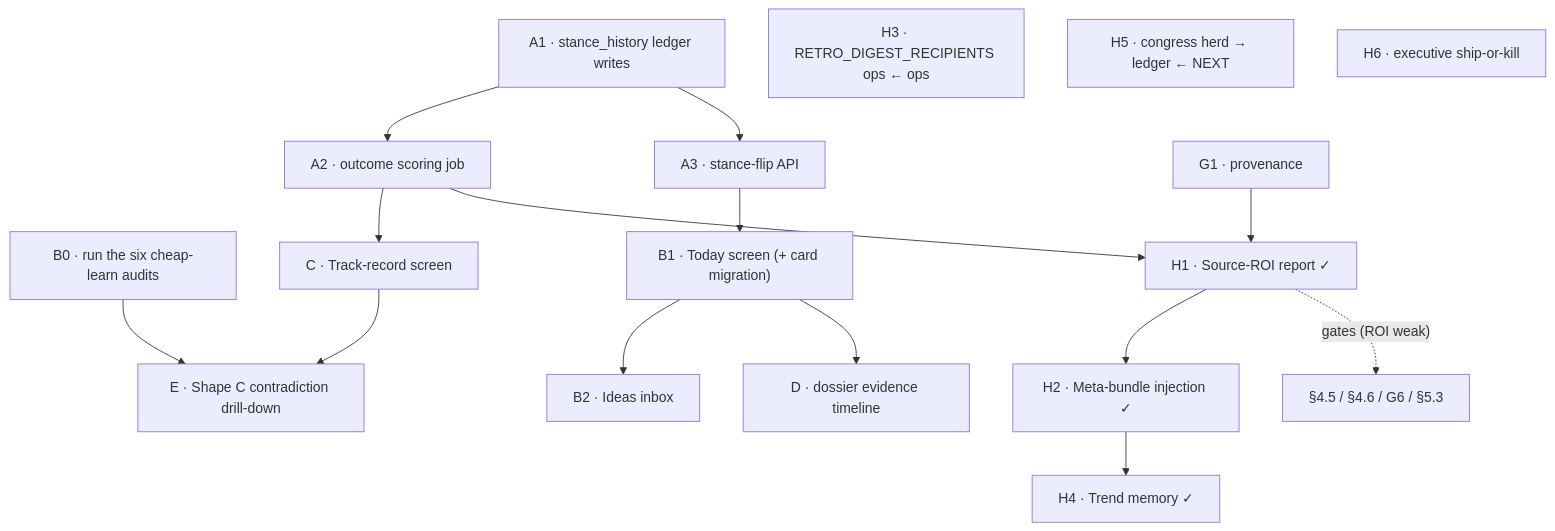
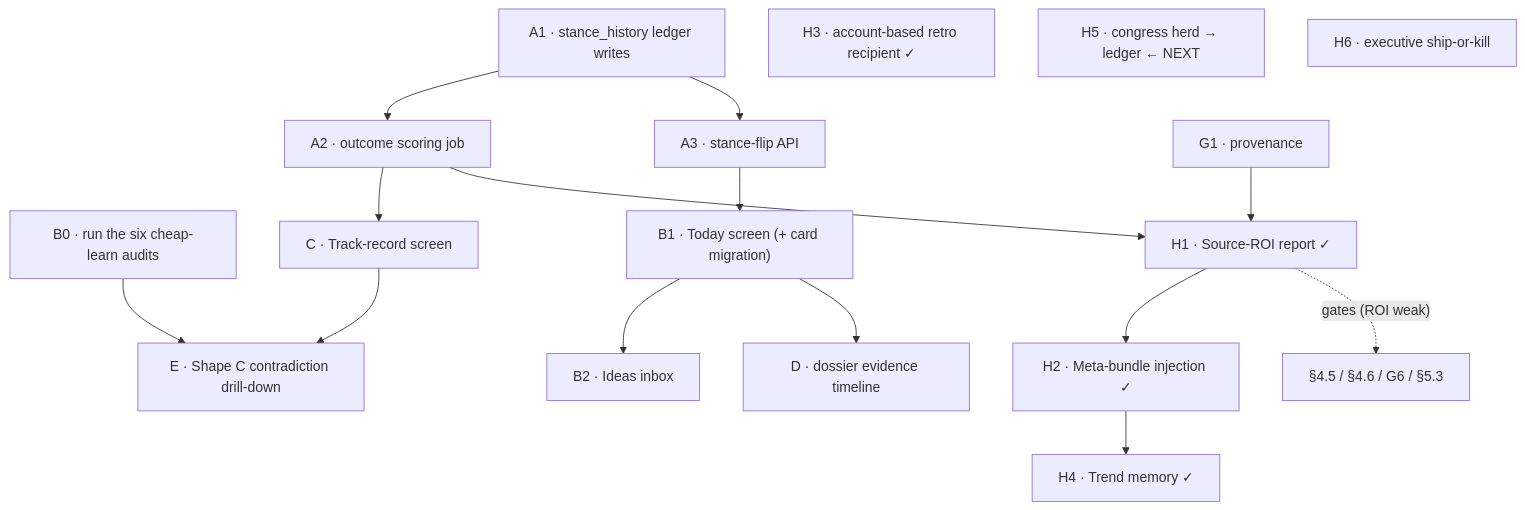
Before and after one commit to CreamyG31337/Portfolio-AI: the second of 2 diagrams in docs/ROADMAP.md, drawn with Mermaid. The commit also changed other lines of this file and 6 other files, not shown here.

First line of the commit message:
feat: implement account-based recipient resolution for weekly retro digest

````diff
--- a/docs/ROADMAP.md
+++ b/docs/ROADMAP.md
@@ -599,19 +599,19 @@
 ```mermaid
 flowchart TD
     A1["A1 · stance_history ledger writes"] --> A2["A2 · outcome scoring job"]
     A1 --> A3["A3 · stance-flip API"]
     B0["B0 · run the six cheap-learn audits"] --> E1["E · Shape C contradiction drill-down"]
     A3 --> B1["B1 · Today screen (+ card migration)"]
     B1 --> B2["B2 · Ideas inbox"]
     A2 --> C1["C · Track-record screen"]
     B1 --> D1["D · dossier evidence timeline"]
     C1 --> E1
     G1["G1 · provenance"] --> H1["H1 · Source-ROI report ✓"]
     A2 --> H1
     H1 --> H2["H2 · Meta-bundle injection ✓"]
     H1 -.->|"gates (ROI weak)"| F56["§4.5 / §4.6 / G6 / §5.3"]
-    H3["H3 · RETRO_DIGEST_RECIPIENTS ops ← ops"]
+    H3["H3 · account-based retro recipient ✓"]
     H2 --> H4["H4 · Trend memory ✓"]
     H5["H5 · congress herd → ledger ← NEXT"]
     H6["H6 · executive ship-or-kill"]
 ```
````
